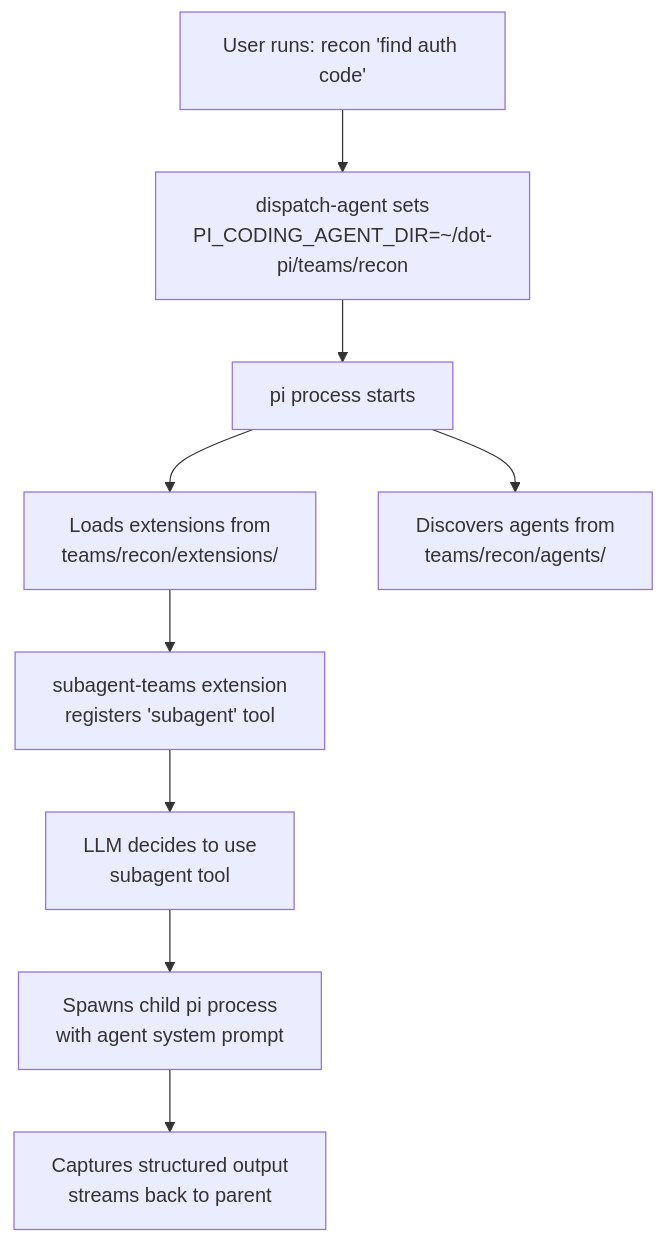
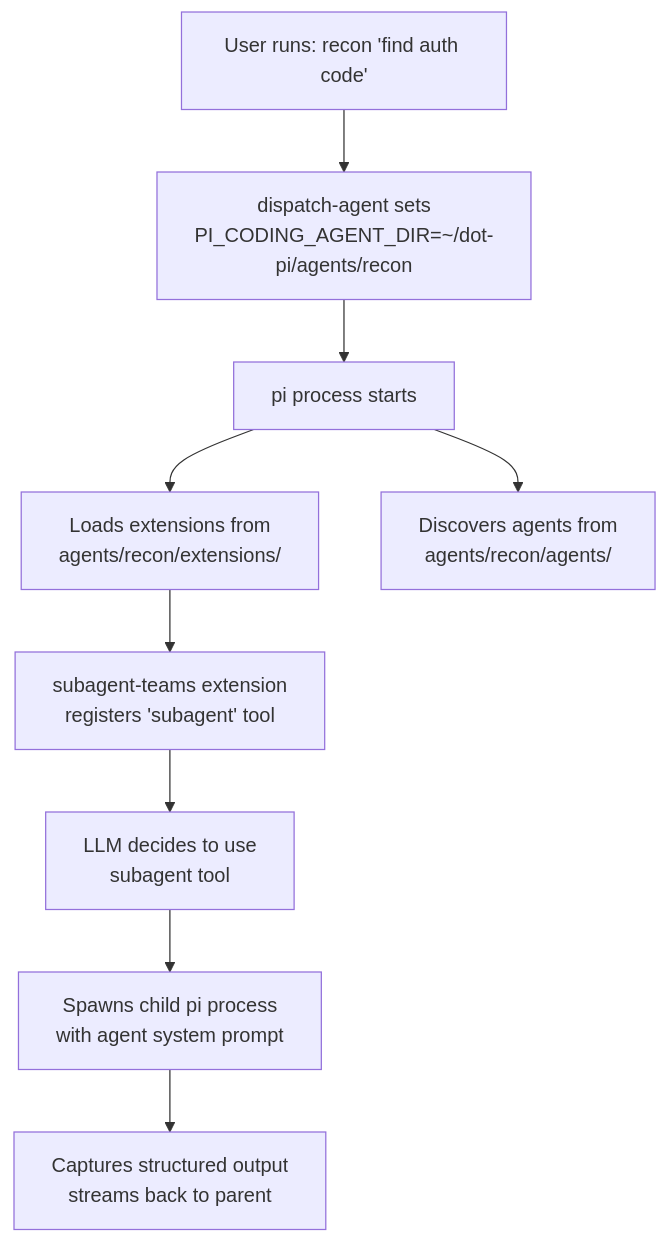
The first of 3 diagrams in docs/architecture.md (PlebeiusGaragicus/dot-pi), drawn with Mermaid before and after one commit. The commit also changed other lines of this file and 190 other files, not shown here.

Commit message:
Complete refactor of teams: new agent-orchestrator extension, subagents/ dir, symlinks all the way down, consistent agent directory layout vs differentiated when single agent vs team

````diff
--- a/docs/architecture.md
+++ b/docs/architecture.md
@@ -67,17 +57,17 @@
 ```mermaid
 graph TD
   User["User runs: recon 'find auth code'"]
-  Alias["dispatch-agent sets<br/>PI_CODING_AGENT_DIR=~/dot-pi/teams/recon"]
+  Alias["dispatch-agent sets<br/>PI_CODING_AGENT_DIR=~/dot-pi/agents/recon"]
   PiMain["pi process starts"]
-  ExtLoad["Loads extensions from<br/>teams/recon/extensions/"]
-  AgentDiscover["Discovers agents from<br/>teams/recon/agents/"]
+  ExtLoad["Loads extensions from<br/>agents/recon/extensions/"]
+  AgentDiscover["Discovers agents from<br/>agents/recon/agents/"]
   SubagentTool["subagent-teams extension<br/>registers 'subagent' tool"]
   LLM["LLM decides to use<br/>subagent tool"]
   Spawn["Spawns child pi process<br/>with agent system prompt"]
   Result["Captures structured output<br/>streams back to parent"]
 
   User --> Alias --> PiMain
   PiMain --> ExtLoad --> SubagentTool
   PiMain --> AgentDiscover
   SubagentTool --> LLM --> Spawn --> Result
 ```
````
